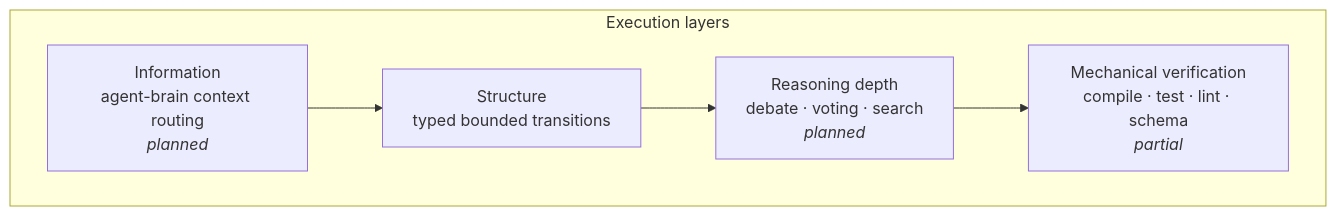
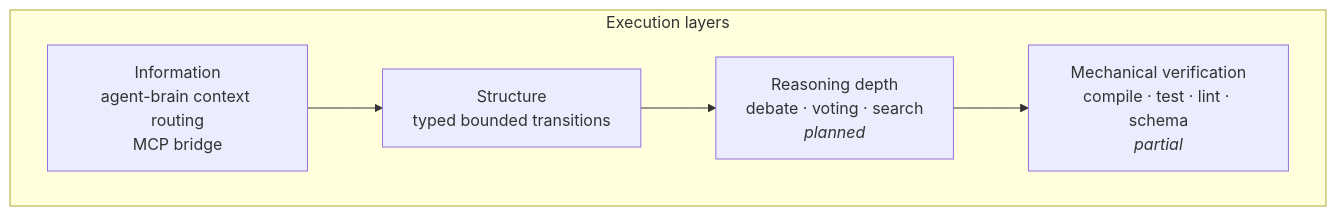
The first of 4 diagrams in README.md (autonomic-ai-dev/agent-spine), drawn with Mermaid before and after one commit. The commit also changed other lines of this file and 12 other files, not shown here.

First line of the commit message:
feat: agent-brain MCP bridge integration (Phase 1)

````diff
--- a/README.md
+++ b/README.md
@@ -26,11 +26,11 @@
 ```mermaid
 flowchart TB
     subgraph layers["Execution layers"]
-        info["Information<br/>agent-brain context routing<br/><i>planned</i>"]
+        info["Information<br/>agent-brain context routing<br/>MCP bridge"]
         structure["Structure<br/>typed bounded transitions"]
         reasoning["Reasoning depth<br/>debate · voting · search<br/><i>planned</i>"]
         verify["Mechanical verification<br/>compile · test · lint · schema<br/><i>partial</i>"]
     end
 
     info --> structure --> reasoning --> verify
 ```
````
